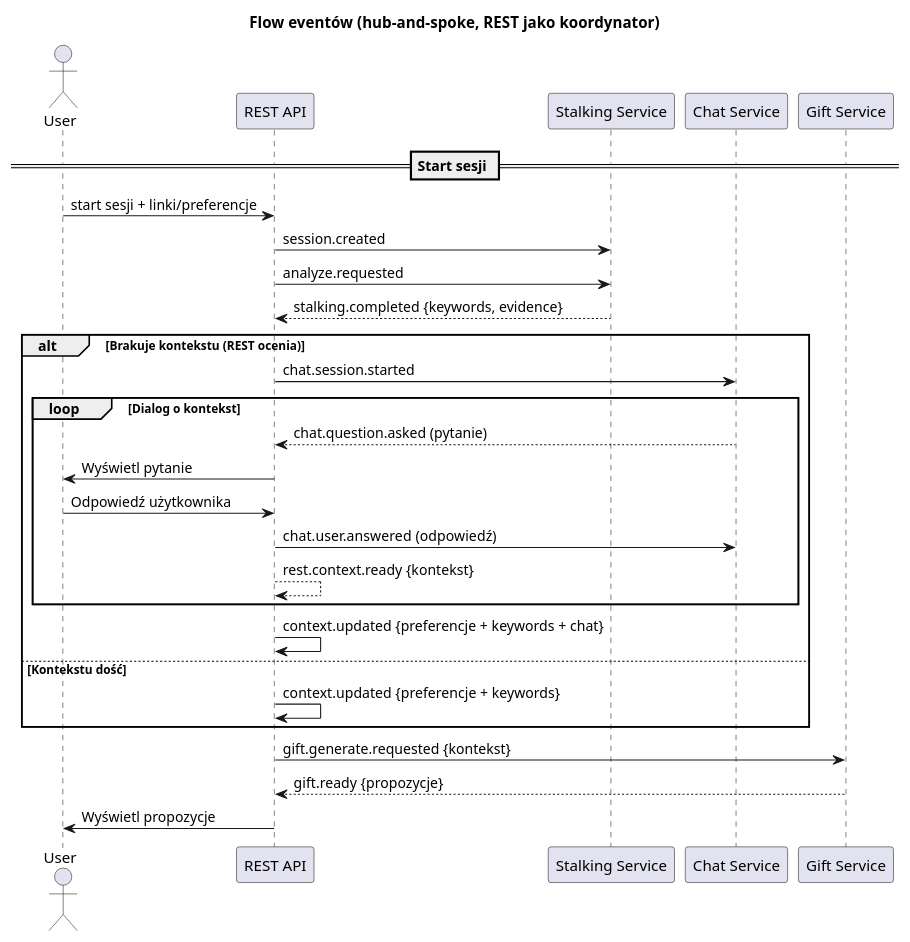
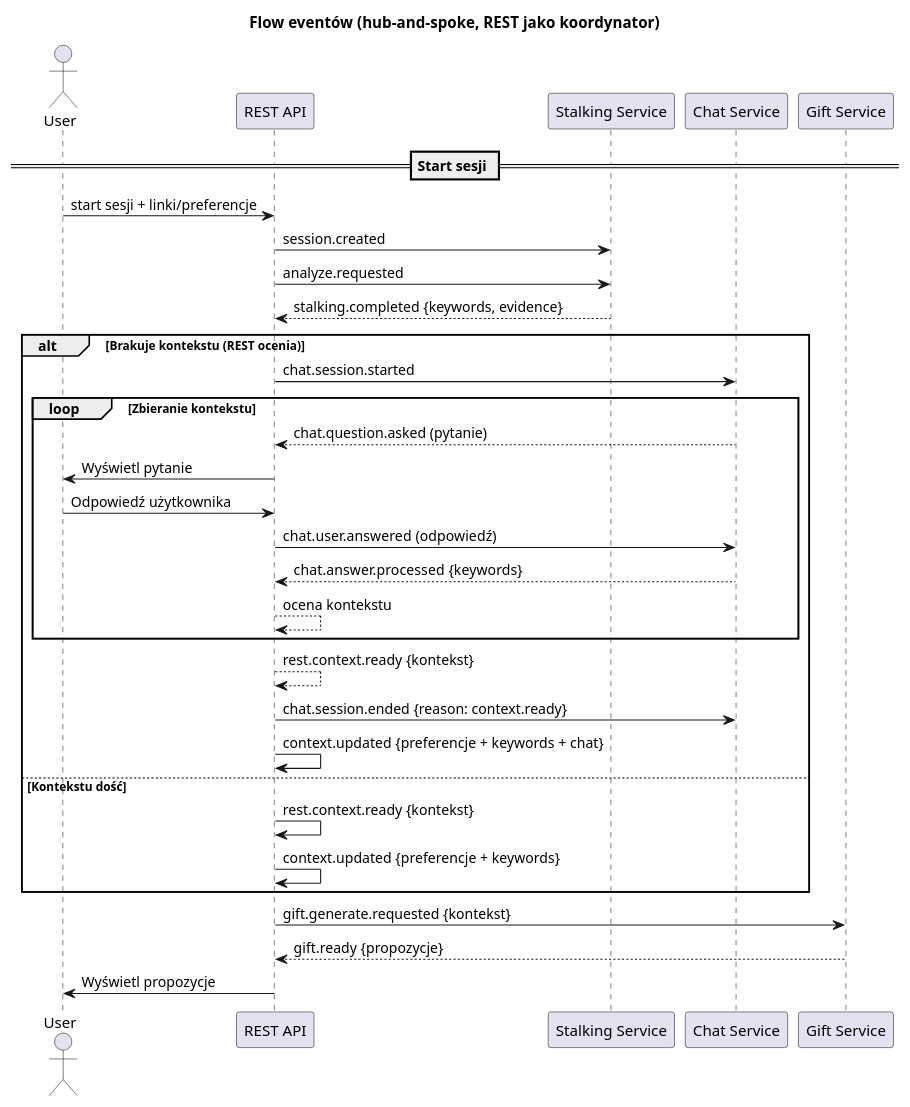
One commit to Generacja-Cuzi/ai-present-finder changed the diagram in sequence_diagram/diagram.puml. Above: the diagram before and after it, drawn with PlantUML.

Commit message:
feat: change main flow

```diff
--- a/sequence_diagram/diagram.puml
+++ b/sequence_diagram/diagram.puml
@@ -1,36 +1,39 @@
 @startuml sequence_diagram
 title Flow eventów (hub-and-spoke, REST jako koordynator)
 
 actor User as U
 participant "REST API" as REST
 participant "Stalking Service" as STALK
 participant "Chat Service" as CHAT
 participant "Gift Service" as GIFT
 
 == Start sesji ==
 U -> REST: start sesji + linki/preferencje
 REST -> STALK: session.created
 REST -> STALK: analyze.requested
 
 STALK --> REST: stalking.completed {keywords, evidence}
 
 alt Brakuje kontekstu (REST ocenia)
   REST -> CHAT: chat.session.started
-  loop Dialog o kontekst
+  loop Zbieranie kontekstu
     CHAT --> REST: chat.question.asked (pytanie)
     REST -> U: Wyświetl pytanie
     U -> REST: Odpowiedź użytkownika
     REST -> CHAT: chat.user.answered (odpowiedź)
-    REST --> REST: rest.context.ready {kontekst}
+    CHAT --> REST: chat.answer.processed {keywords}
+    REST --> REST: ocena kontekstu
   end
-  
+  REST --> REST: rest.context.ready {kontekst}
+  REST -> CHAT: chat.session.ended {reason: context.ready}
   REST -> REST: context.updated {preferencje + keywords + chat}
 else Kontekstu dość
+  REST -> REST: rest.context.ready {kontekst}
   REST -> REST: context.updated {preferencje + keywords}
 end
 
 REST -> GIFT: gift.generate.requested {kontekst}
 GIFT --> REST: gift.ready {propozycje}
 REST -> U: Wyświetl propozycje
 
 @enduml
```
